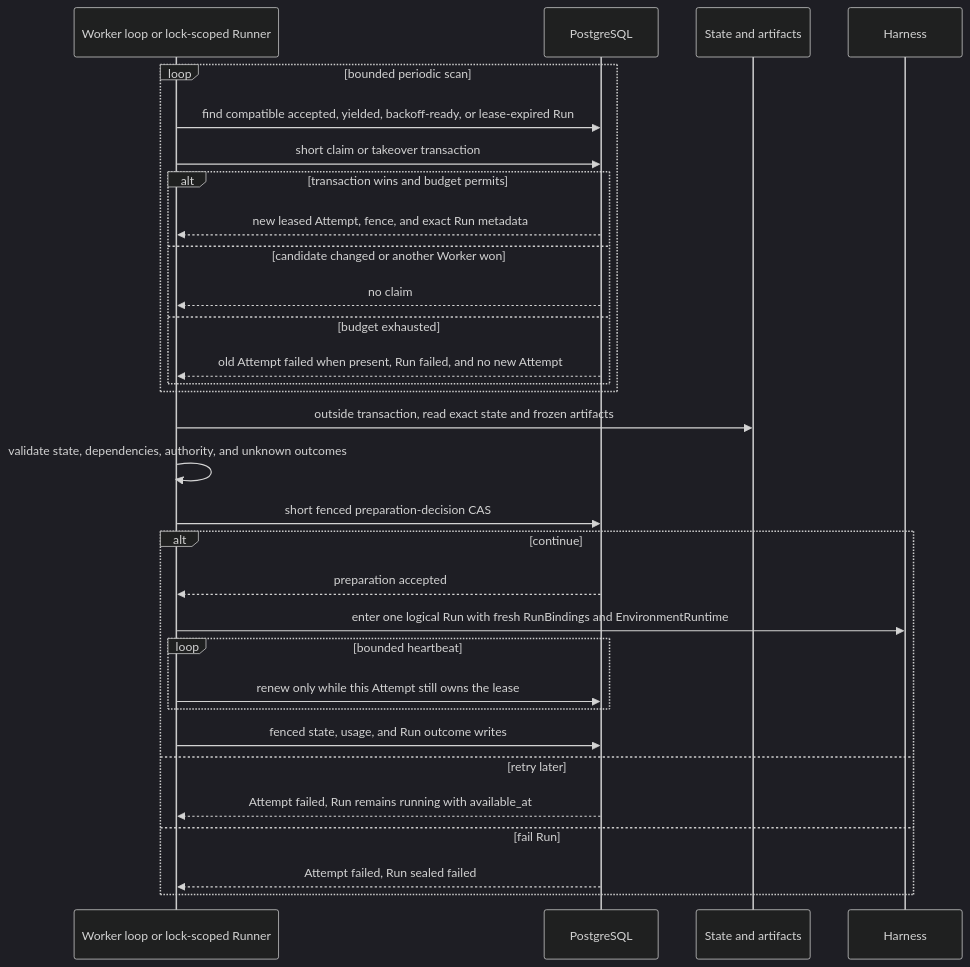
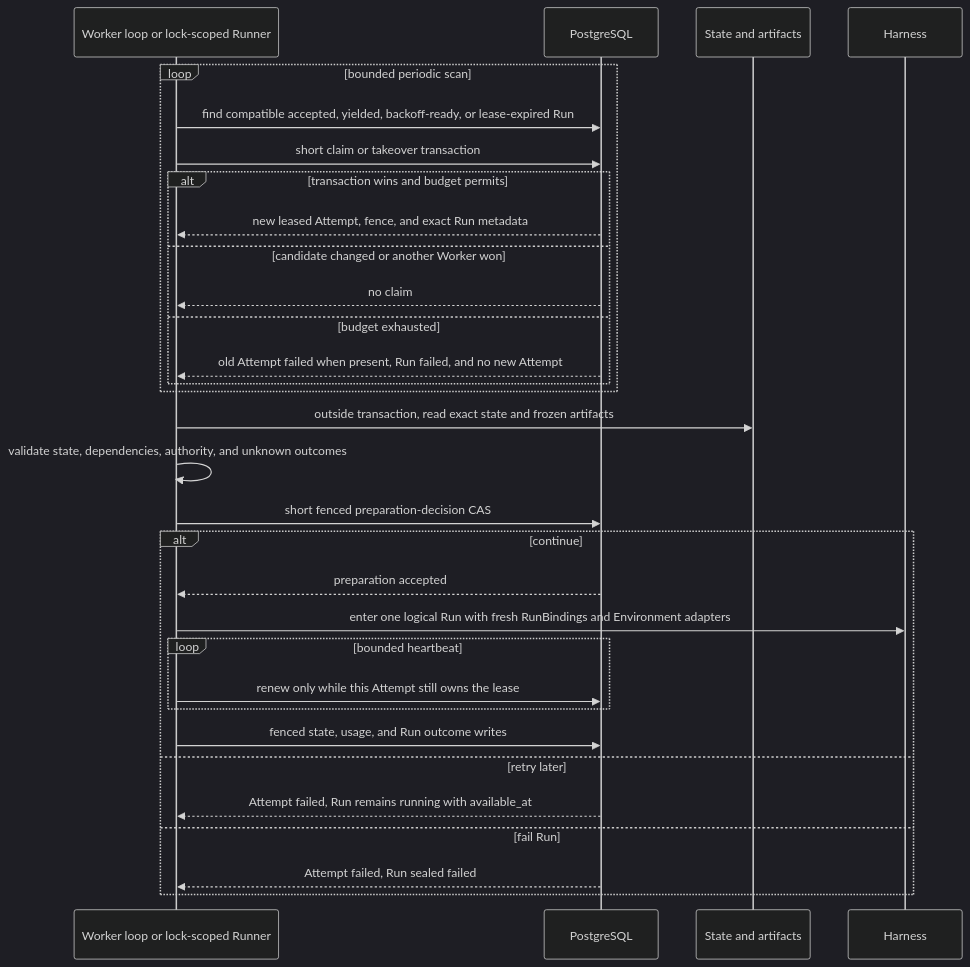
One commit to LTThreeComma/agent-foundation changed the diagram in spec/foundation-service/16-scheduling-workers-and-recovery.md. Above: the diagram before and after it, drawn with Mermaid (dark theme). The commit also changed other lines of this file and 188 other files, not shown here.

First line of the commit message:
feat(harness): rework environment and host ownership (#82)

````diff
--- a/spec/foundation-service/16-scheduling-workers-and-recovery.md
+++ b/spec/foundation-service/16-scheduling-workers-and-recovery.md
@@ -34,34 +34,34 @@
 ```mermaid
 sequenceDiagram
     participant Executor as Worker loop or lock-scoped Runner
     participant DB as PostgreSQL
     participant Objects as State and artifacts
     participant Harness
 
     loop bounded periodic scan
         Executor->>DB: find compatible accepted, yielded, backoff-ready, or lease-expired Run
         Executor->>DB: short claim or takeover transaction
         alt transaction wins and budget permits
             DB-->>Executor: new leased Attempt, fence, and exact Run metadata
         else candidate changed or another Worker won
             DB-->>Executor: no claim
         else budget exhausted
             DB-->>Executor: old Attempt failed when present, Run failed, and no new Attempt
         end
     end
     Executor->>Objects: outside transaction, read exact state and frozen artifacts
     Executor->>Executor: validate state, dependencies, authority, and unknown outcomes
     Executor->>DB: short fenced preparation-decision CAS
     alt continue
         DB-->>Executor: preparation accepted
-        Executor->>Harness: enter one logical Run with fresh RunBindings and EnvironmentRuntime
+        Executor->>Harness: enter one logical Run with fresh RunBindings and Environment adapters
         loop bounded heartbeat
             Executor->>DB: renew only while this Attempt still owns the lease
         end
         Executor->>DB: fenced state, usage, and Run outcome writes
     else retry later
         DB-->>Executor: Attempt failed, Run remains running with available_at
     else fail Run
         DB-->>Executor: Attempt failed, Run sealed failed
     end
 ```
````
